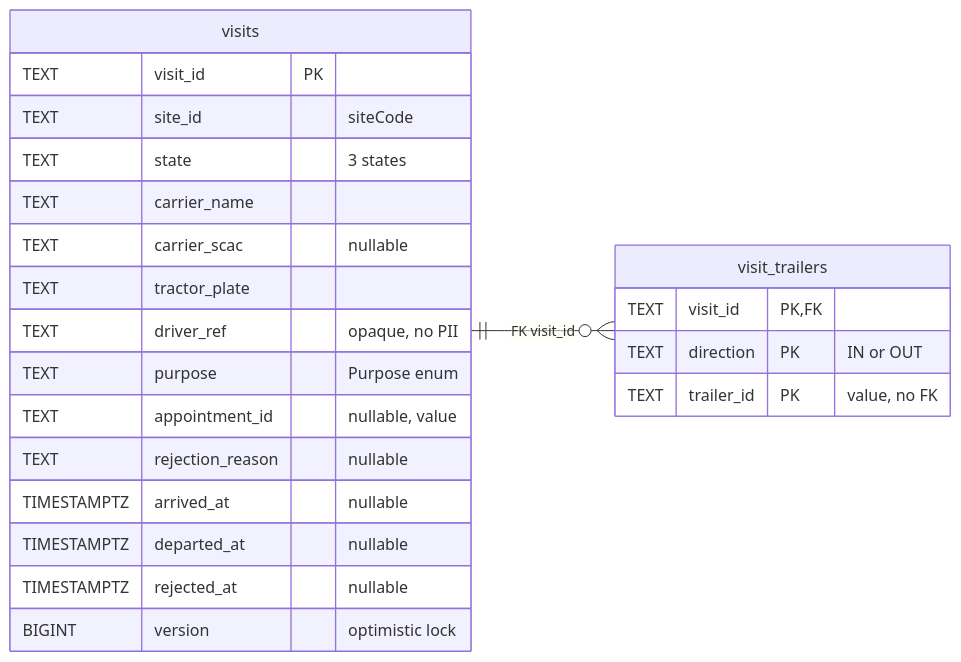
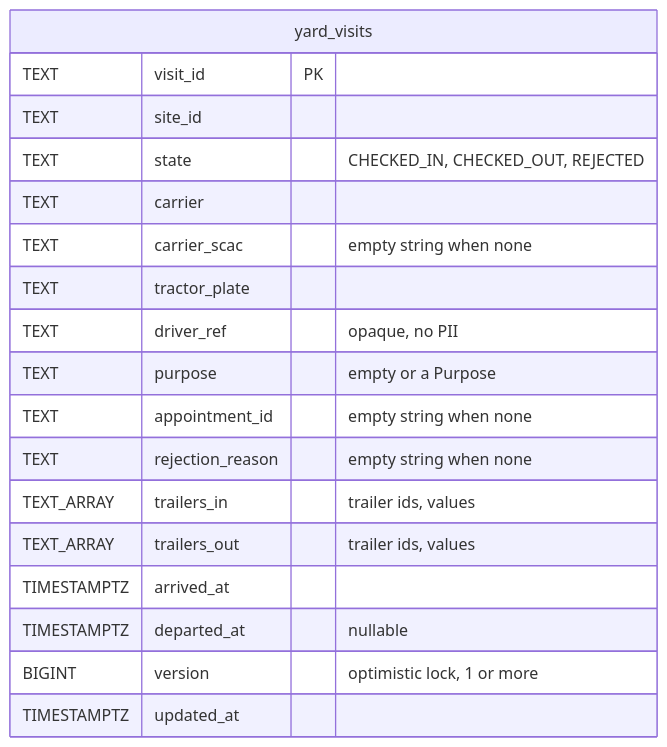
Before and after one commit to IQVO/warehouse-docs: the first of 8 diagrams in yard/docs/contexts/yard-management/entity-relationship.md, drawn with Mermaid. The commit also changed other lines of this file and 51 other files, not shown here.

````diff
--- a/yard/docs/contexts/yard-management/entity-relationship.md
+++ b/yard/docs/contexts/yard-management/entity-relationship.md
@@ -24,26 +27,22 @@
 ```mermaid
 erDiagram
     direction LR
-    visits ||--o{ visit_trailers : "FK visit_id"
-    visits {
+    yard_visits {
         TEXT visit_id PK
-        TEXT site_id "siteCode"
-        TEXT state "3 states"
-        TEXT carrier_name
-        TEXT carrier_scac "nullable"
+        TEXT site_id
+        TEXT state "CHECKED_IN, CHECKED_OUT, REJECTED"
+        TEXT carrier
+        TEXT carrier_scac "empty string when none"
         TEXT tractor_plate
         TEXT driver_ref "opaque, no PII"
-        TEXT purpose "Purpose enum"
-        TEXT appointment_id "nullable, value"
-        TEXT rejection_reason "nullable"
-        TIMESTAMPTZ arrived_at "nullable"
+        TEXT purpose "empty or a Purpose"
+        TEXT appointment_id "empty string when none"
+        TEXT rejection_reason "empty string when none"
+        TEXT_ARRAY trailers_in "trailer ids, values"
+        TEXT_ARRAY trailers_out "trailer ids, values"
+        TIMESTAMPTZ arrived_at
         TIMESTAMPTZ departed_at "nullable"
-        TIMESTAMPTZ rejected_at "nullable"
-        BIGINT version "optimistic lock"
-    }
-    visit_trailers {
-        TEXT visit_id PK,FK
-        TEXT direction PK "IN or OUT"
-        TEXT trailer_id PK "value, no FK"
+        BIGINT version "optimistic lock, 1 or more"
+        TIMESTAMPTZ updated_at
     }
 ```
````
